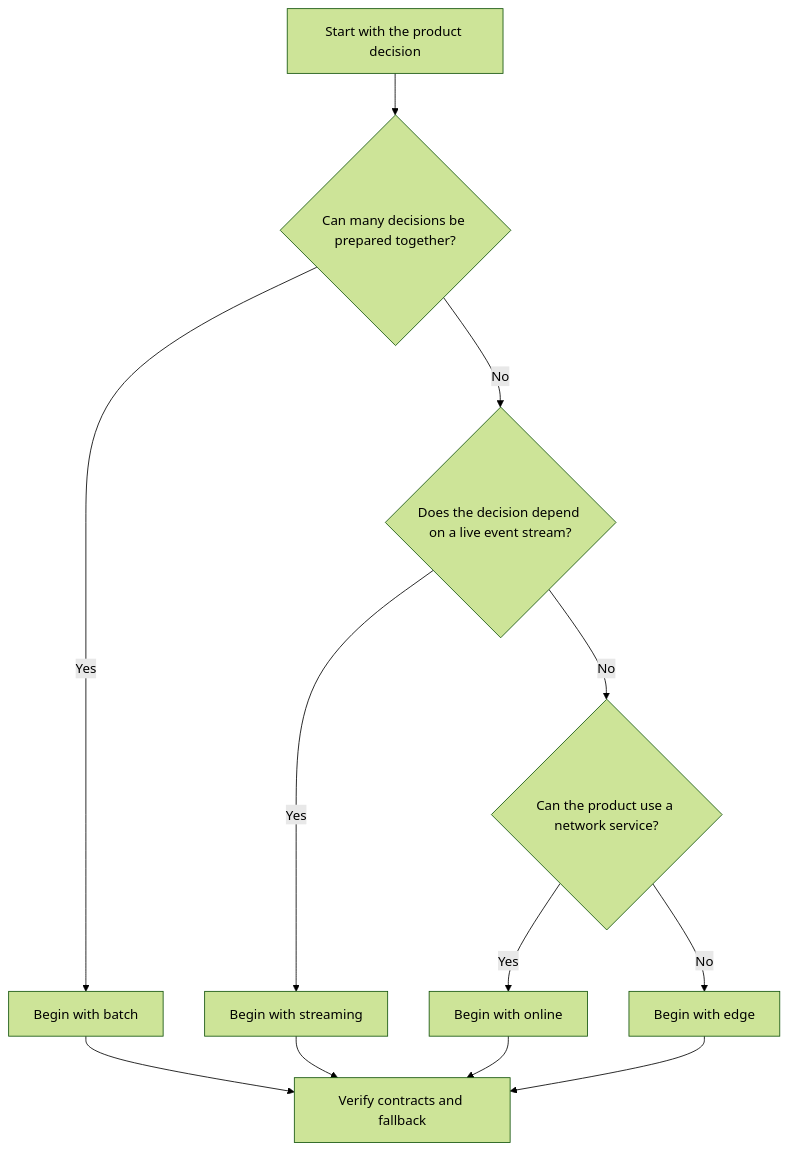
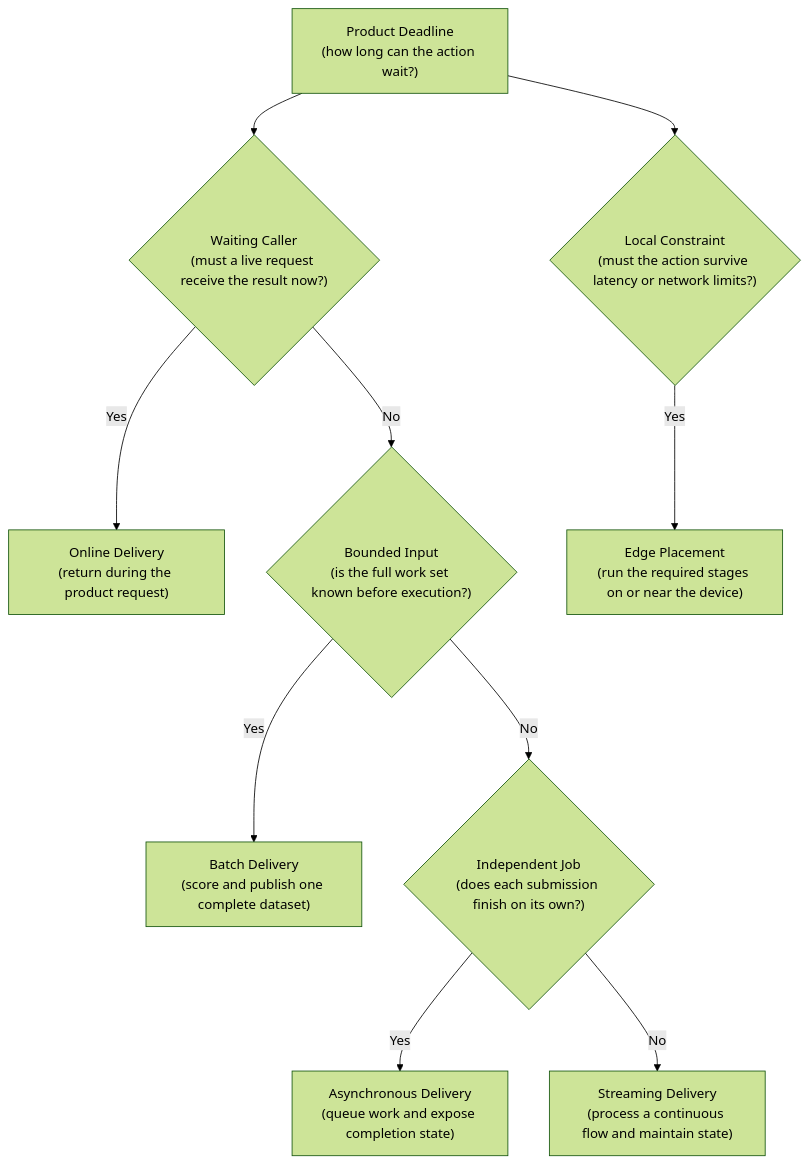
The sixth of 6 diagrams in roadmaps/mlops/modules/mlops-foundations/architecture-basics/03-prediction-delivery-in-an-mlops-architecture.md (senlinyy/dev-roadmaps), drawn with Mermaid (forest theme) before and after one commit. The commit also changed other lines of this file and 152 other files, not shown here.

Commit message:
feat: mlops and diagrams updated

````diff
--- a/roadmaps/mlops/modules/mlops-foundations/architecture-basics/03-prediction-delivery-in-an-mlops-architecture.md
+++ b/roadmaps/mlops/modules/mlops-foundations/architecture-basics/03-prediction-delivery-in-an-mlops-architecture.md
@@ -412,14 +578,12 @@
 ```mermaid
 flowchart TD
-    A["Start with the product decision"] --> B{"Can many decisions be prepared together?"}
-    B -->|"Yes"| C["Begin with batch"]
-    B -->|"No"| D{"Does the decision depend on a live event stream?"}
-    D -->|"Yes"| E["Begin with streaming"]
-    D -->|"No"| F{"Can the product use a network service?"}
-    F -->|"Yes"| G["Begin with online"]
-    F -->|"No"| H["Begin with edge"]
-    C --> I["Verify contracts and fallback"]
-    E --> I
-    G --> I
-    H --> I
+    A["Product Deadline<br/>(how long can the action wait?)"] --> B{"Waiting Caller<br/>(must a live request receive the result now?)"}
+    B -->|Yes| C["Online Delivery<br/>(return during the product request)"]
+    B -->|No| D{"Bounded Input<br/>(is the full work set known before execution?)"}
+    D -->|Yes| E["Batch Delivery<br/>(score and publish one complete dataset)"]
+    D -->|No| F{"Independent Job<br/>(does each submission finish on its own?)"}
+    F -->|Yes| G["Asynchronous Delivery<br/>(queue work and expose completion state)"]
+    F -->|No| H["Streaming Delivery<br/>(process a continuous flow and maintain state)"]
+    A --> I{"Local Constraint<br/>(must the action survive latency or network limits?)"}
+    I -->|Yes| J["Edge Placement<br/>(run the required stages on or near the device)"]
 ```
````
